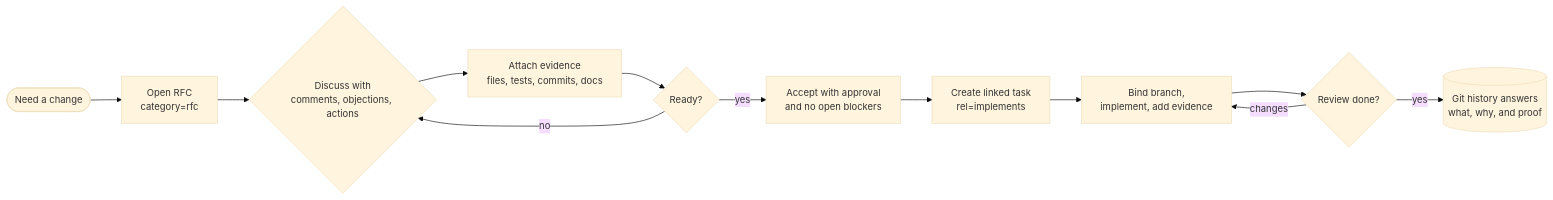
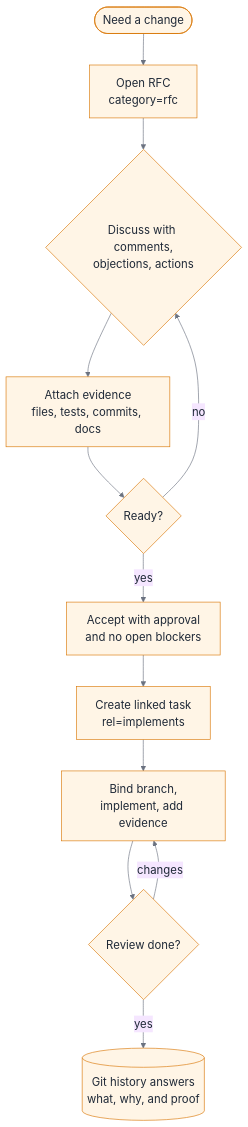
The diagram in README.md (tmineno/gitforum), drawn with Mermaid before and after one commit.

Commit message:
docs(readme): improve mermaid workflow diagram readability
Switch flowchart from LR to TD so GitHub renders it vertically instead
of squashing into the fixed-width column. Bump font size and add
explicit high-contrast colors for node fills, borders, and text.

````diff
--- a/README.md
+++ b/README.md
@@ -13,20 +13,24 @@
 ```mermaid
 ---
 config:
   theme: "base"
   themeVariables:
-    fontSize: 15px
+    fontSize: 18px
+    primaryColor: "#fff5e6"
+    primaryBorderColor: "#d97706"
+    primaryTextColor: "#1f2937"
+    lineColor: "#6b7280"
 ---
-flowchart LR
+flowchart TD
     need([Need a change]) --> rfc[Open RFC<br/>category=rfc]
-    rfc --> discuss{Discuss with<br/>comments, objections, actions}
+    rfc --> discuss{Discuss with comments,<br/>objections, actions}
     discuss --> evidence[Attach evidence<br/>files, tests, commits, docs]
     evidence --> decision{Ready?}
     decision -- no --> discuss
     decision -- yes --> accept[Accept with approval<br/>and no open blockers]
     accept --> task[Create linked task<br/>rel=implements]
     task --> implement[Bind branch,<br/>implement, add evidence]
     implement --> review{Review done?}
     review -- changes --> implement
     review -- yes --> memory[(Git history answers<br/>what, why, and proof)]
 ```
````
